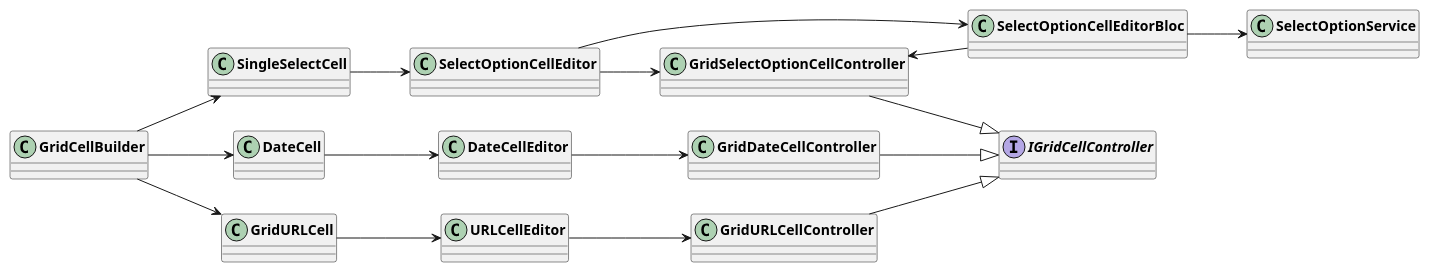
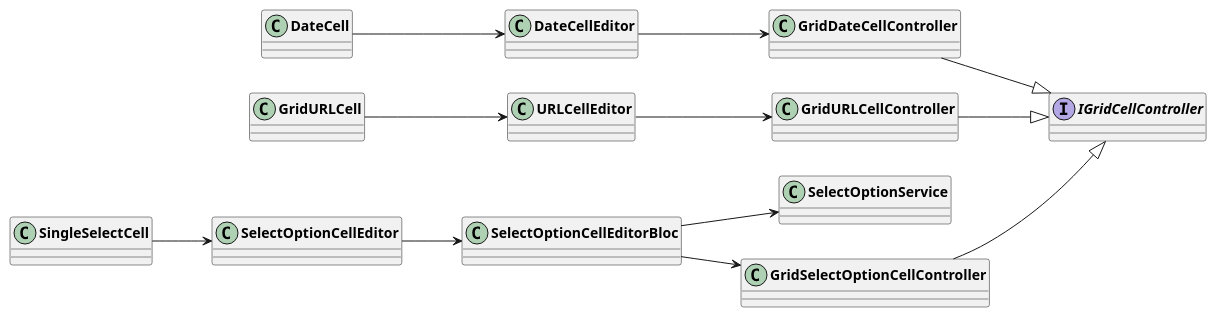
The second of 3 diagrams in uml/dart_classes/grid_cells.plantuml (AppFlowy-IO/AppFlowy-Docs), drawn with PlantUML before and after one commit. The commit also changed 2 other files, not shown here.

```diff
--- a/uml/dart_classes/grid_cells.plantuml
+++ b/uml/dart_classes/grid_cells.plantuml
@@ -21,35 +21,31 @@
-@startuml Grid Cell Builder
+@startuml Grid Cell Edit
 skinparam classFontStyle Bold
 skinparam ActivityBackgroundColor Silver
 skinparam ActivityBorderColor DimGray
 left to right direction
 
 class SelectOptionService
 class SelectOptionCellEditorBloc
 interface IGridCellController
 
-GridCellBuilder --> SingleSelectCell
-GridCellBuilder --> DateCell
-GridCellBuilder --> GridURLCell
 
 'SingleSelectCell
 SingleSelectCell --> SelectOptionCellEditor
-SelectOptionCellEditor --> GridSelectOptionCellController
 SelectOptionCellEditor --> SelectOptionCellEditorBloc
 
 SelectOptionCellEditorBloc --> SelectOptionService
-SelectOptionCellEditorBloc -u-> GridSelectOptionCellController
+SelectOptionCellEditorBloc --> GridSelectOptionCellController
 GridSelectOptionCellController --|> IGridCellController
 
 
 'DateCell
 DateCell --> DateCellEditor
 DateCellEditor --> GridDateCellController
 GridDateCellController --|> IGridCellController
 
 'URLCell
 GridURLCell --> URLCellEditor
 URLCellEditor --> GridURLCellController
 GridURLCellController --|> IGridCellController
 
 @enduml
```
